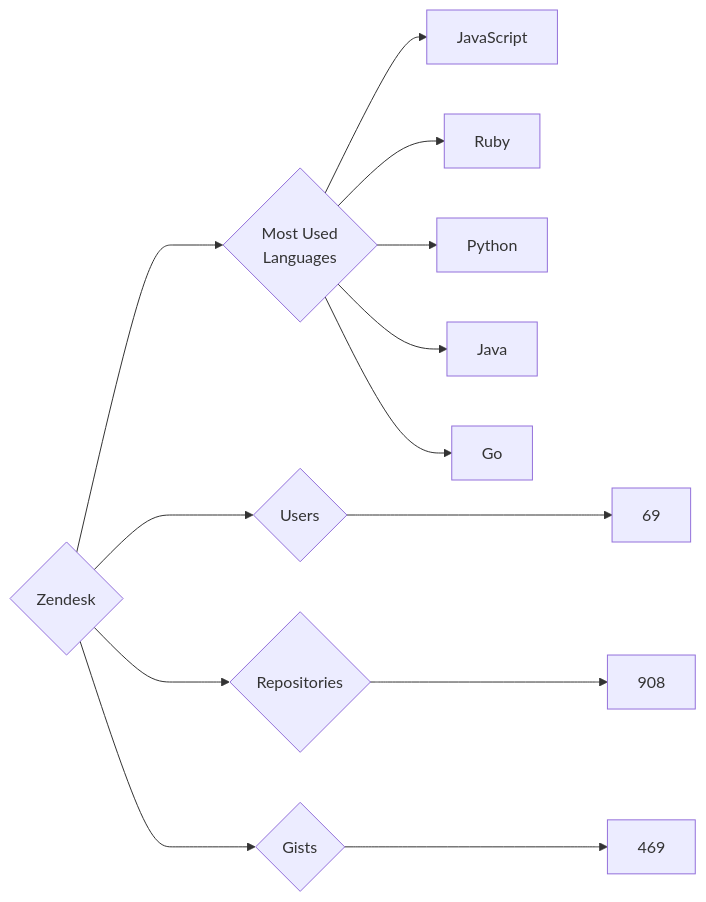
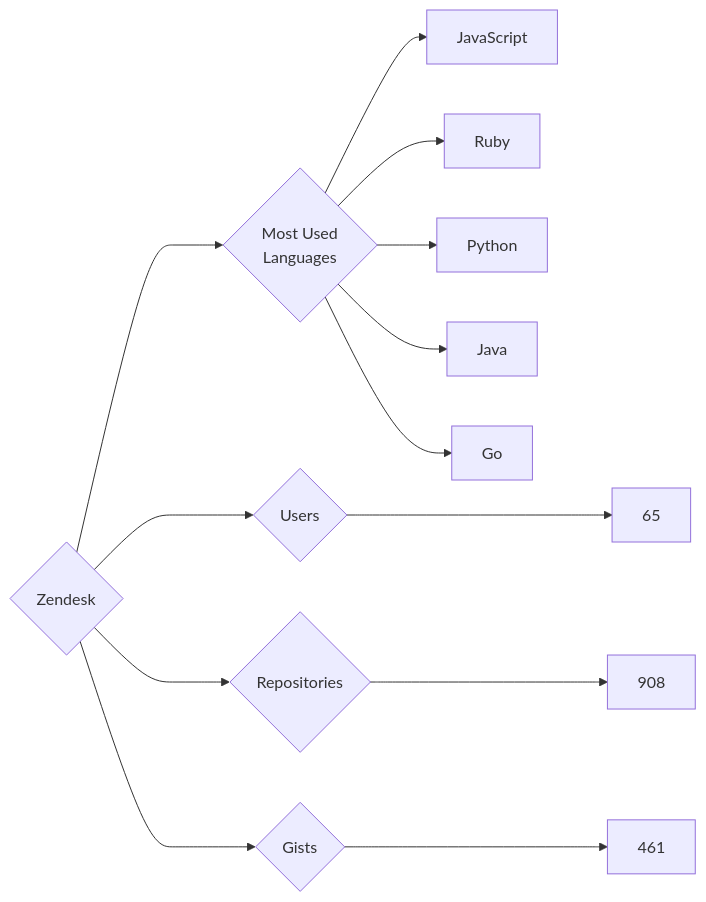
One commit to trickest/insiders changed the diagram in targets/Zendesk/README.md. Above: the diagram before and after it, drawn with Mermaid. The commit also changed 806 other files, not shown here.

````diff
--- a/targets/Zendesk/README.md
+++ b/targets/Zendesk/README.md
@@ -3,13 +3,13 @@
 ```mermaid
 graph LR
 COMPANY_NAME{Zendesk}
-COMPANY_NAME ---> U{Users} ---> UN[69]
+COMPANY_NAME ---> U{Users} ---> UN[65]
 COMPANY_NAME ---> R{Repositories} ---> RN[908]
-COMPANY_NAME ---> G{Gists} ---> GN[469]
+COMPANY_NAME ---> G{Gists} ---> GN[461]
 COMPANY_NAME ---> ML{Most Used<br>Languages}
 ML --> JavaScript[JavaScript]
 ML --> Ruby[Ruby]
 ML --> Python[Python]
 ML --> Java[Java]
 ML --> Go[Go]
 ```
````
